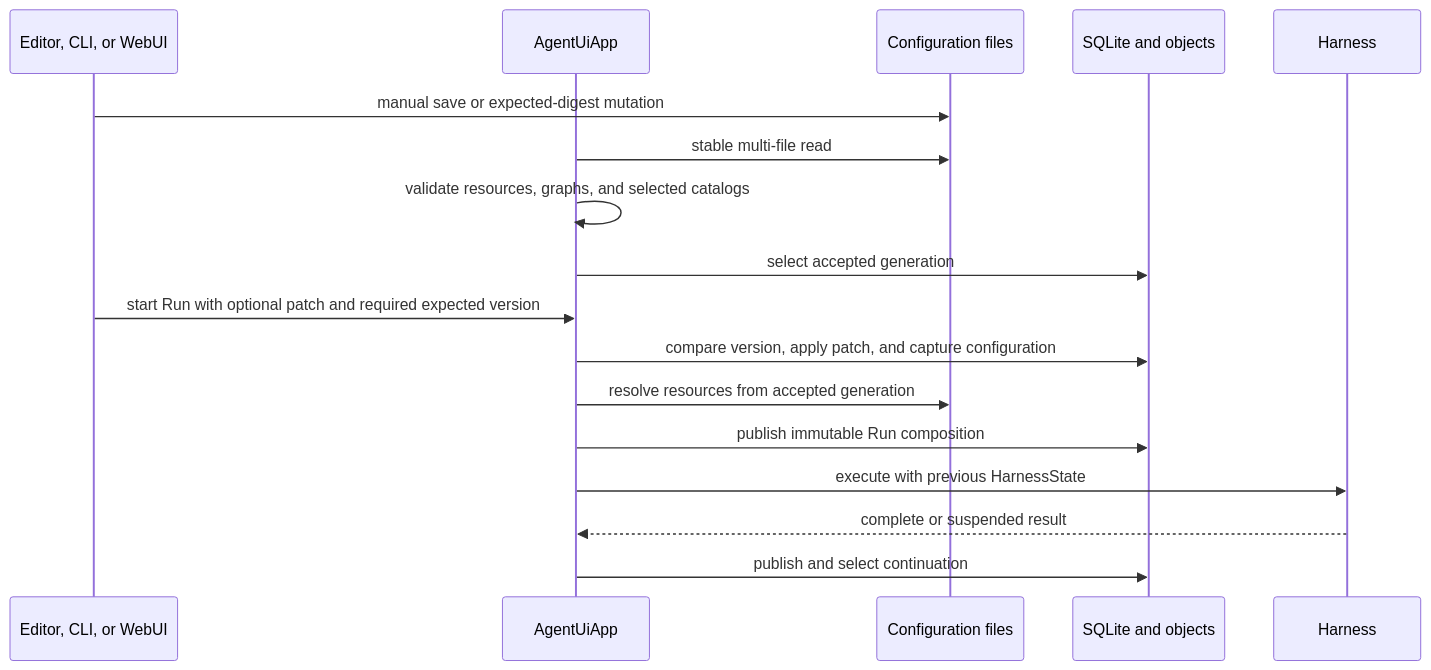
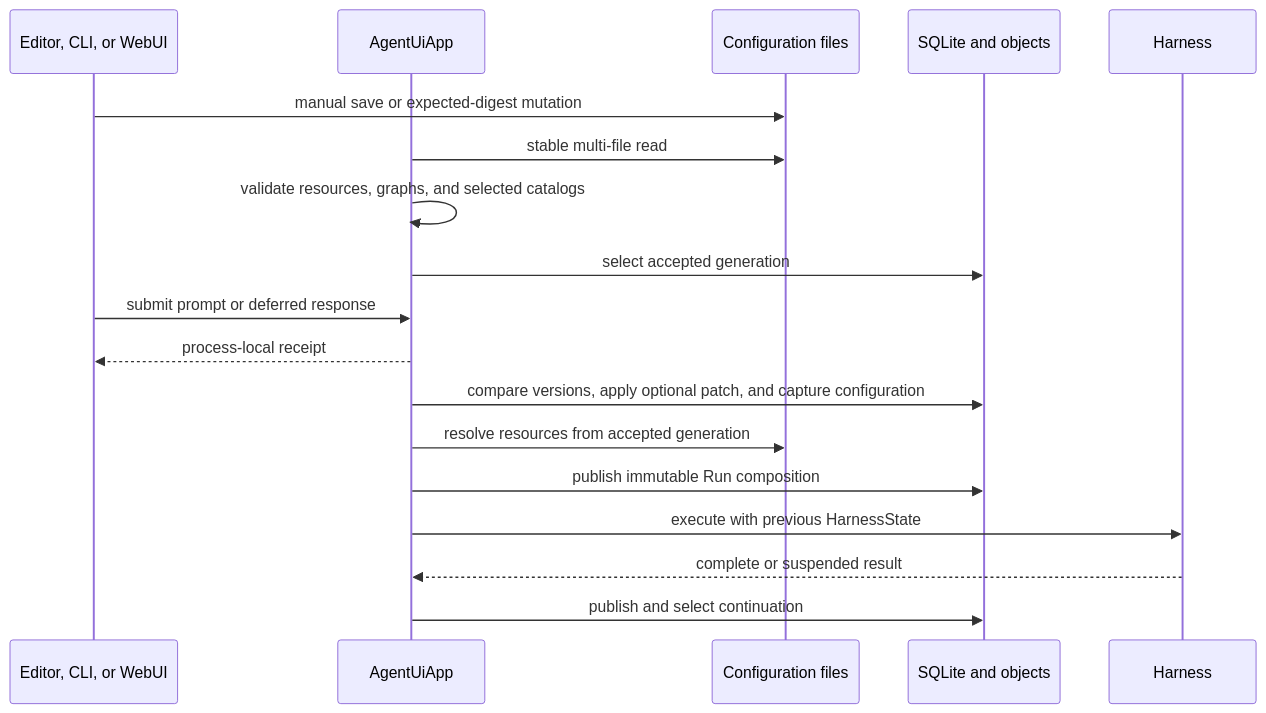
The second of 3 diagrams in spec/agent-ui/00-overview.md (LTThreeComma/agent-foundation), drawn with Mermaid before and after one commit. The commit also changed other lines of this file and 30 other files, not shown here.

````diff
--- a/spec/agent-ui/00-overview.md
+++ b/spec/agent-ui/00-overview.md
@@ -70,20 +73,21 @@
 ```mermaid
 sequenceDiagram
     participant Editor as Editor, CLI, or WebUI
     participant App as AgentUiApp
     participant Files as Configuration files
     participant Store as SQLite and objects
     participant Harness
 
     Editor->>Files: manual save or expected-digest mutation
     App->>Files: stable multi-file read
     App->>App: validate resources, graphs, and selected catalogs
     App->>Store: select accepted generation
-    Editor->>App: start Run with optional patch and required expected version
-    App->>Store: compare version, apply patch, and capture configuration
+    Editor->>App: submit prompt or deferred response
+    App-->>Editor: process-local receipt
+    App->>Store: compare versions, apply optional patch, and capture configuration
     App->>Files: resolve resources from accepted generation
     App->>Store: publish immutable Run composition
     App->>Harness: execute with previous HarnessState
     Harness-->>App: complete or suspended result
     App->>Store: publish and select continuation
 ```
````
